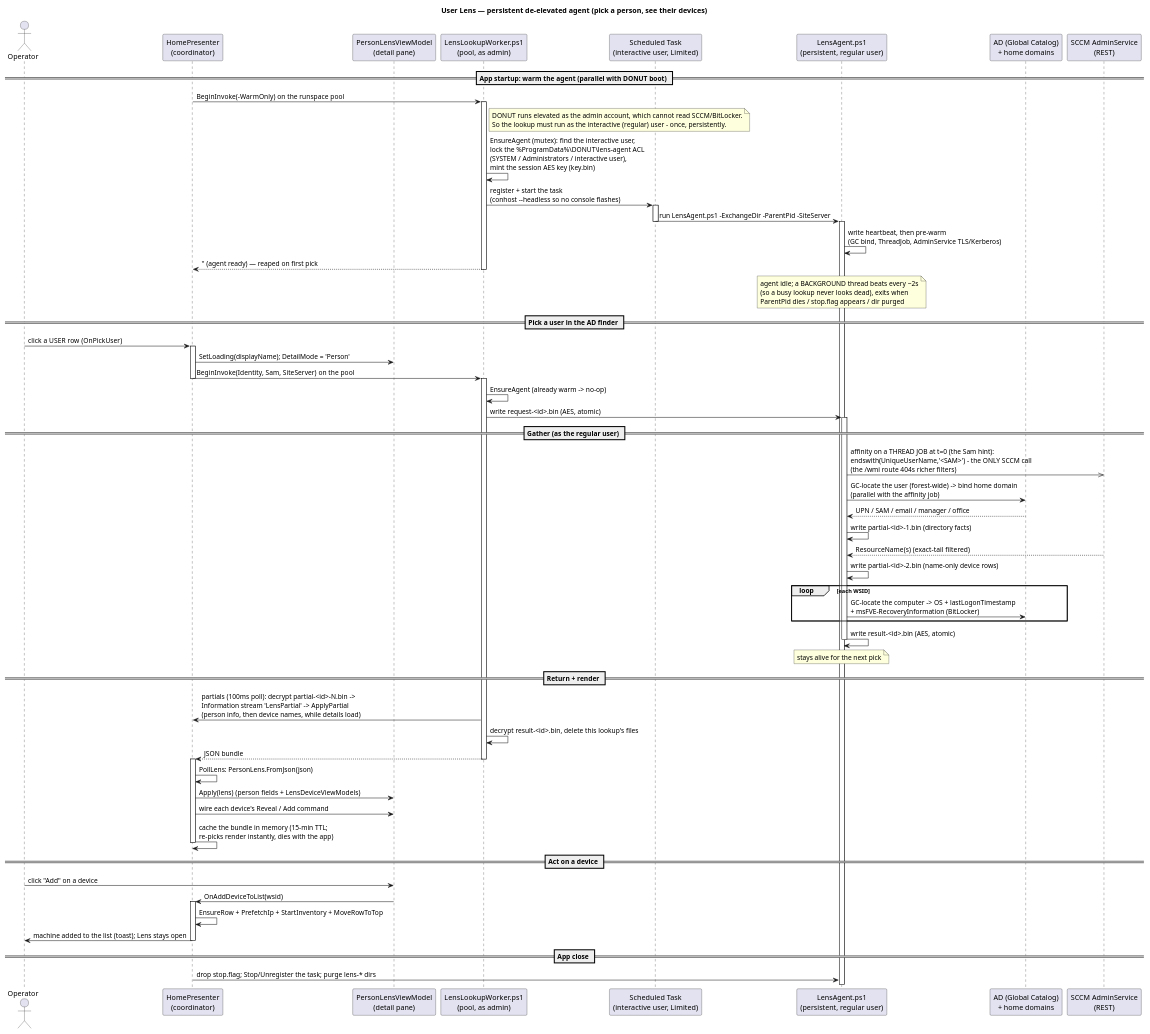
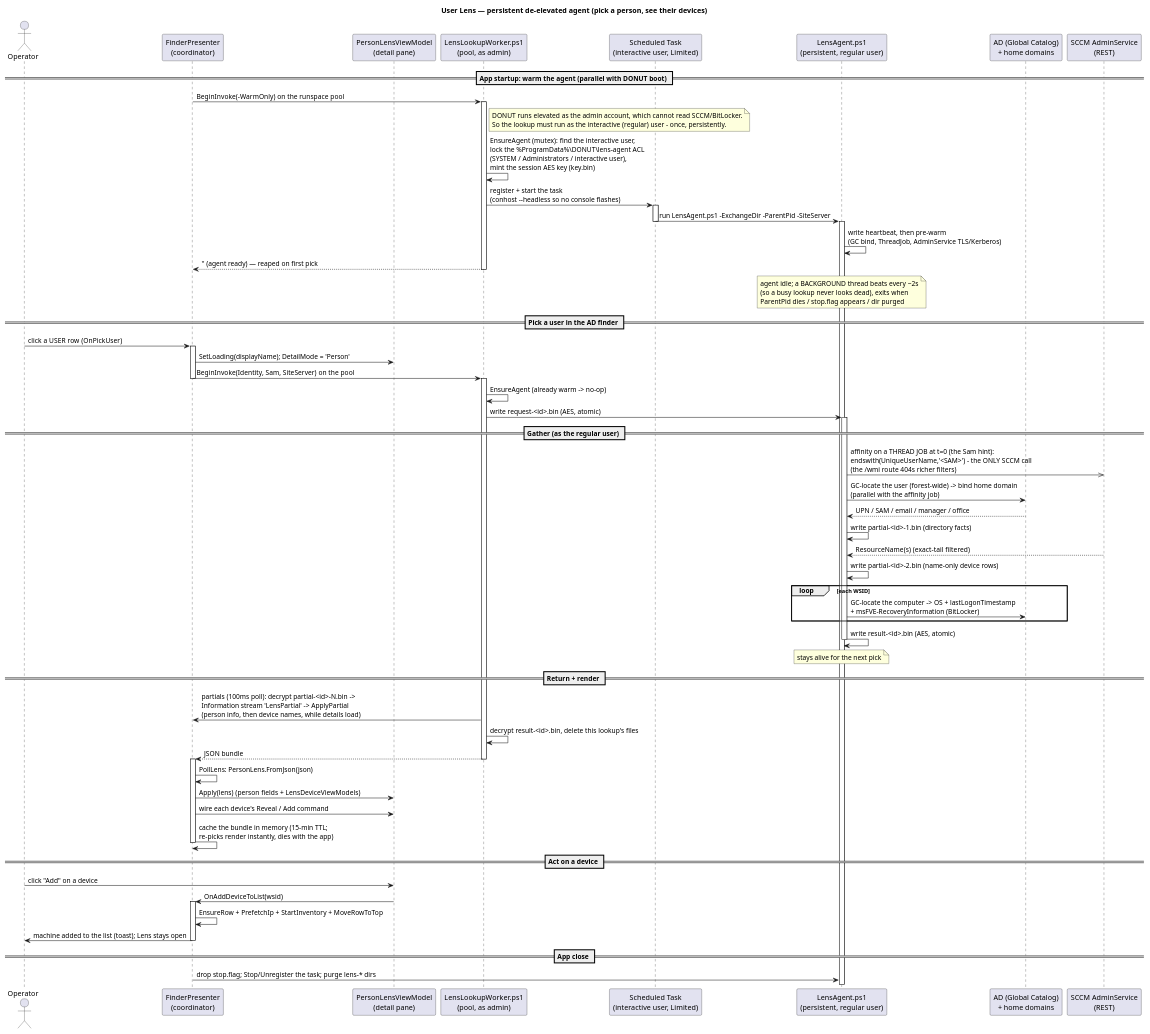
Before and after one commit to Danial-Changez/DONUT: the diagram in docs/diagrams/lens_lookup_sequence_diagram.puml, drawn with PlantUML. The commit also changed 4 other files, not shown here.

First line of the commit message:
Docs + diagrams for the FinderPresenter extraction

```diff
--- a/docs/diagrams/lens_lookup_sequence_diagram.puml
+++ b/docs/diagrams/lens_lookup_sequence_diagram.puml
@@ -1,78 +1,78 @@
 @startuml Lens Lookup Sequence Diagram
 title User Lens — persistent de-elevated agent (pick a person, see their devices)
 
 actor Operator as OP
-participant "HomePresenter\n(coordinator)" as P
+participant "FinderPresenter\n(coordinator)" as P
 participant "PersonLensViewModel\n(detail pane)" as VM
 participant "LensLookupWorker.ps1\n(pool, as admin)" as PW
 participant "Scheduled Task\n(interactive user, Limited)" as TASK
 participant "LensAgent.ps1\n(persistent, regular user)" as AG
 participant "AD (Global Catalog)\n+ home domains" as AD
 participant "SCCM AdminService\n(REST)" as SCCM
 
 == App startup: warm the agent (parallel with DONUT boot) ==
 P -> PW : BeginInvoke(-WarmOnly)  on the runspace pool
 activate PW
 note right of PW
   DONUT runs elevated as the admin account, which cannot read SCCM/BitLocker.
   So the lookup must run as the interactive (regular) user - once, persistently.
 end note
 PW -> PW : EnsureAgent (mutex): find the interactive user,\nlock the %ProgramData%\\DONUT\\lens-agent ACL\n(SYSTEM / Administrators / interactive user),\nmint the session AES key (key.bin)
 PW -> TASK : register + start the task\n(conhost --headless so no console flashes)
 activate TASK
 TASK -> AG : run LensAgent.ps1 -ExchangeDir -ParentPid -SiteServer
 deactivate TASK
 activate AG
 AG -> AG : write heartbeat, then pre-warm\n(GC bind, ThreadJob, AdminService TLS/Kerberos)
 PW --> P : '' (agent ready) — reaped on first pick
 deactivate PW
 note over AG : agent idle; a BACKGROUND thread beats every ~2s\n(so a busy lookup never looks dead), exits when\nParentPid dies / stop.flag appears / dir purged
 
 == Pick a user in the AD finder ==
 OP -> P : click a USER row  (OnPickUser)
 activate P
 P -> VM : SetLoading(displayName); DetailMode = 'Person'
 P -> PW : BeginInvoke(Identity, Sam, SiteServer)  on the pool
 deactivate P
 activate PW
 PW -> PW : EnsureAgent (already warm -> no-op)
 PW -> AG : write request-<id>.bin (AES, atomic)
 activate AG
 
 == Gather (as the regular user) ==
 AG ->> SCCM : affinity on a THREAD JOB at t=0 (the Sam hint):\nendswith(UniqueUserName,'<SAM>') - the ONLY SCCM call\n(the /wmi route 404s richer filters)
 AG -> AD : GC-locate the user (forest-wide) -> bind home domain\n(parallel with the affinity job)
 AD --> AG : UPN / SAM / email / manager / office
 AG -> AG : write partial-<id>-1.bin (directory facts)
 SCCM --> AG : ResourceName(s)  (exact-tail filtered)
 AG -> AG : write partial-<id>-2.bin (name-only device rows)
 loop each WSID
   AG -> AD : GC-locate the computer -> OS + lastLogonTimestamp\n+ msFVE-RecoveryInformation (BitLocker)
 end
 AG -> AG : write result-<id>.bin (AES, atomic)
 deactivate AG
 note over AG : stays alive for the next pick
 
 == Return + render ==
 PW -> P : partials (100ms poll): decrypt partial-<id>-N.bin ->\nInformation stream 'LensPartial' -> ApplyPartial\n(person info, then device names, while details load)
 PW -> PW : decrypt result-<id>.bin, delete this lookup's files
 PW --> P : JSON bundle
 deactivate PW
 activate P
 P -> P : PollLens: PersonLens.FromJson(json)
 P -> VM : Apply(lens)  (person fields + LensDeviceViewModels)
 P -> VM : wire each device's Reveal / Add command
 P -> P : cache the bundle in memory (15-min TTL;\nre-picks render instantly, dies with the app)
 deactivate P
 
 == Act on a device ==
 OP -> VM : click "Add" on a device
 VM -> P : OnAddDeviceToList(wsid)
 activate P
 P -> P : EnsureRow + PrefetchIp + StartInventory + MoveRowToTop
 P -> OP : machine added to the list (toast); Lens stays open
 deactivate P
 
 == App close ==
 P -> AG : drop stop.flag; Stop/Unregister the task; purge lens-* dirs
 @enduml
```
